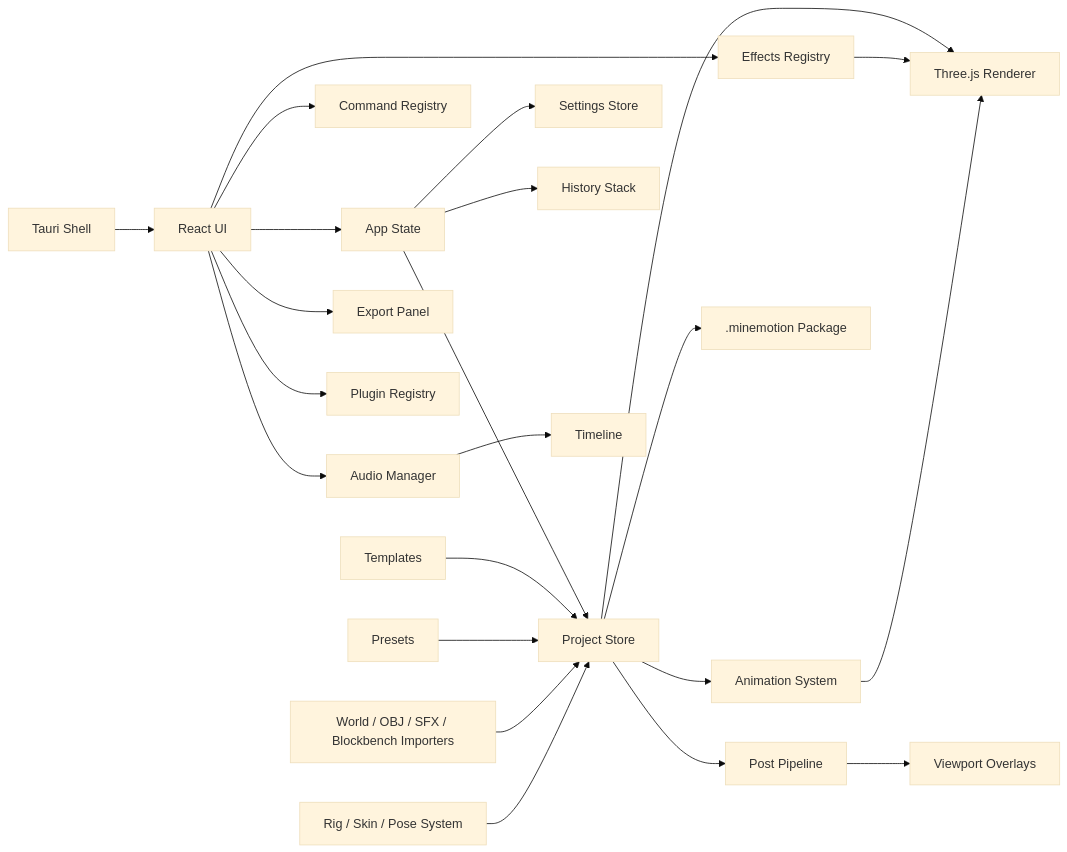
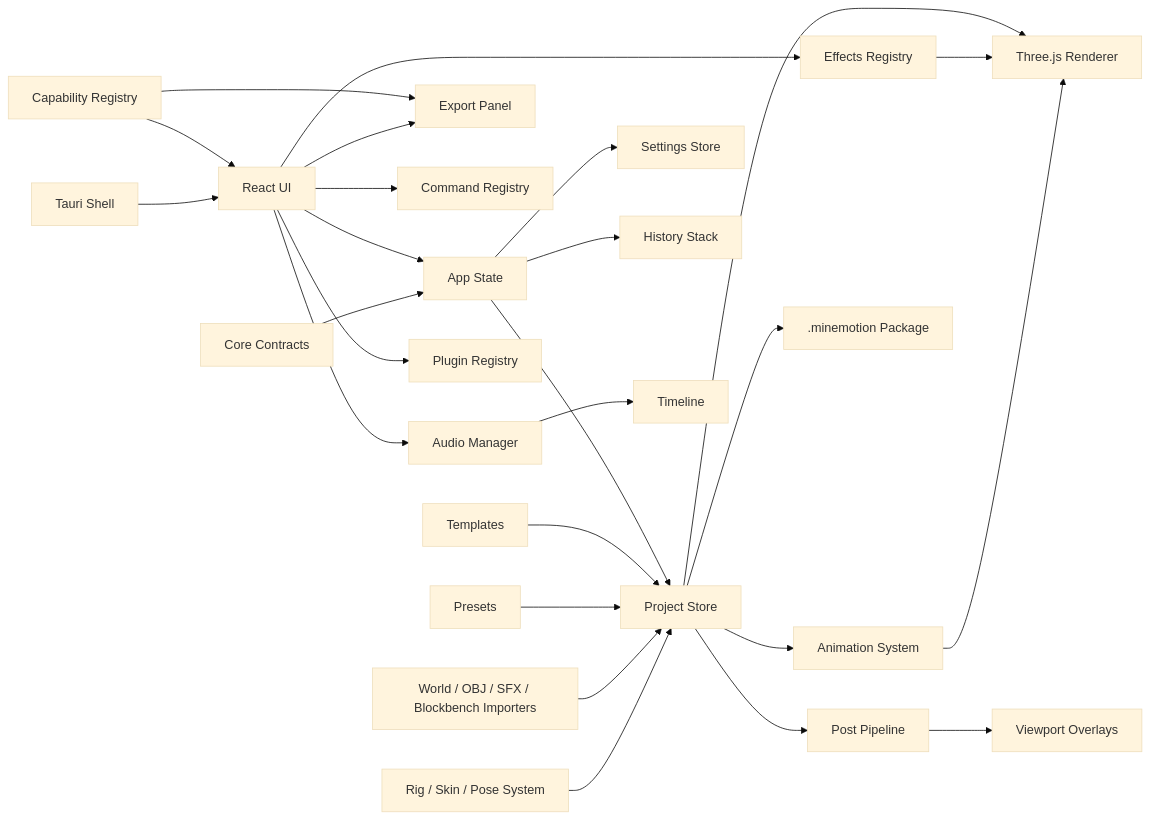
The diagram in docs/ARCHITECTURE.md (stotian/MineMotion-Studio), drawn with Mermaid (base theme) before and after one commit. The commit also changed other lines of this file and 42 other files, not shown here.

````diff
--- a/docs/ARCHITECTURE.md
+++ b/docs/ARCHITECTURE.md
@@ -9,25 +9,28 @@
 ```mermaid
 flowchart LR
   UI["React UI"] --> AppState["App State"]
+  Core["Core Contracts"] --> AppState
+  Capabilities["Capability Registry"] --> UI
+  Capabilities --> Export
   AppState --> Project["Project Store"]
   AppState --> Settings["Settings Store"]
   AppState --> History["History Stack"]
   UI --> Commands["Command Registry"]
   UI --> Effects["Effects Registry"]
   UI --> Audio["Audio Manager"]
   UI --> Export["Export Panel"]
   UI --> Plugins["Plugin Registry"]
   Project --> Animation["Animation System"]
   Project --> Packages[".minemotion Package"]
   Project --> Post["Post Pipeline"]
   Project --> Renderer["Three.js Renderer"]
   Effects --> Renderer
   Post --> Viewport["Viewport Overlays"]
   Audio --> Timeline["Timeline"]
   Templates["Templates"] --> Project
   Presets["Presets"] --> Project
   Importers["World / OBJ / SFX / Blockbench Importers"] --> Project
   Rigs["Rig / Skin / Pose System"] --> Project
   Animation --> Renderer
   Tauri["Tauri Shell"] --> UI
 ```
````
